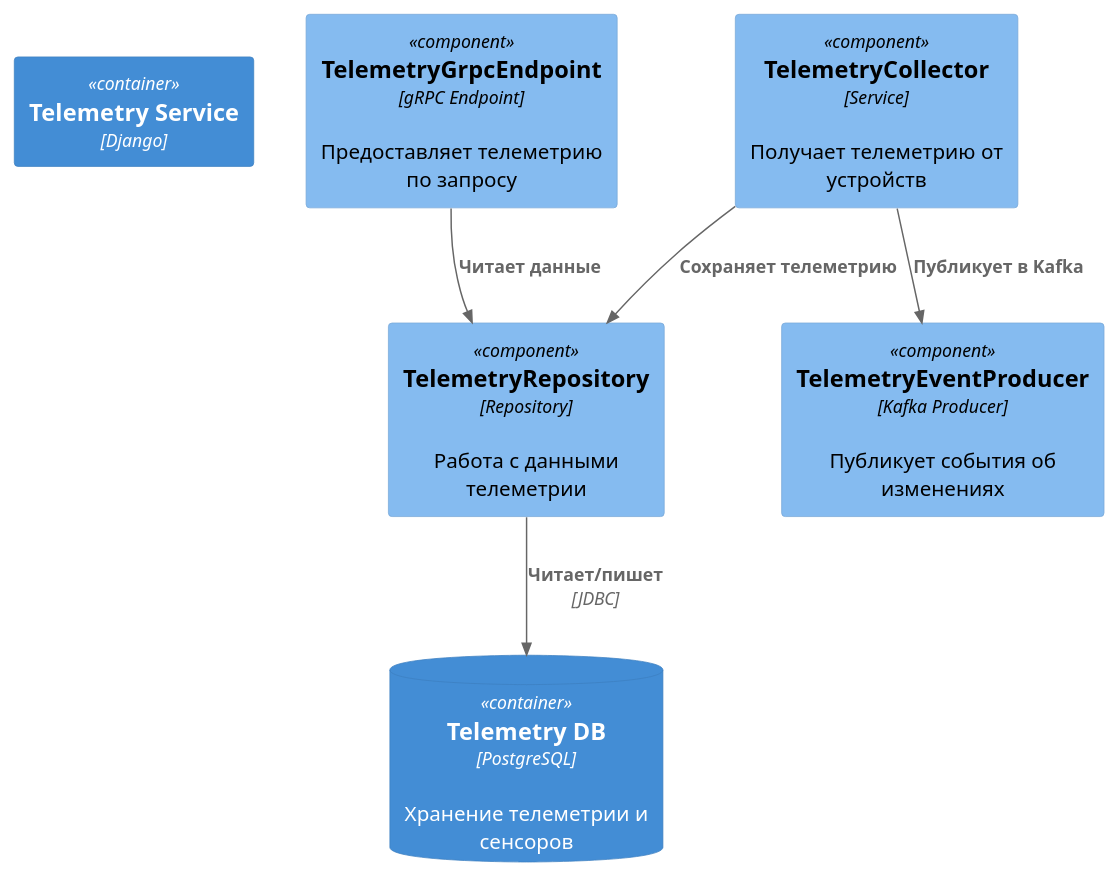
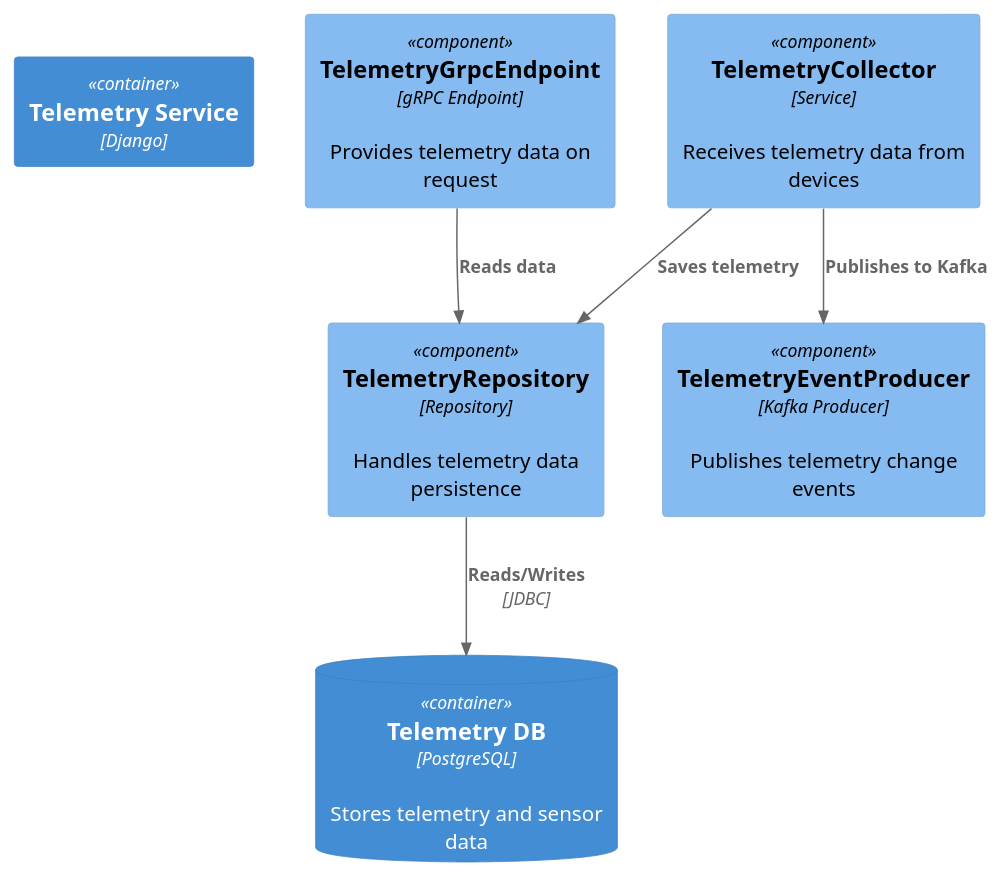
The diagram in docs/diagrams/component/Telemetry_Component.puml (vladislavego/architecture-warmhouse), drawn with PlantUML before and after one commit. The commit also changed 13 other files, not shown here.

```diff
--- a/docs/diagrams/component/Telemetry_Component.puml
+++ b/docs/diagrams/component/Telemetry_Component.puml
@@ -1,17 +1,17 @@
 @startuml TelemetryService_Component
 !includeurl https://raw.githubusercontent.com/plantuml-stdlib/C4-PlantUML/master/C4_Component.puml
 
 Container(telemetryService, "Telemetry Service", "Django")
 
-Component(api, "TelemetryGrpcEndpoint", "gRPC Endpoint", "Предоставляет телеметрию по запросу")
-Component(collector, "TelemetryCollector", "Service", "Получает телеметрию от устройств")
-Component(repo, "TelemetryRepository", "Repository", "Работа с данными телеметрии")
-Component(eventPublisher, "TelemetryEventProducer", "Kafka Producer", "Публикует события об изменениях")
-ContainerDb(telemetryDb, "Telemetry DB", "PostgreSQL", "Хранение телеметрии и сенсоров")
+Component(api, "TelemetryGrpcEndpoint", "gRPC Endpoint", "Provides telemetry data on request")
+Component(collector, "TelemetryCollector", "Service", "Receives telemetry data from devices")
+Component(repo, "TelemetryRepository", "Repository", "Handles telemetry data persistence")
+Component(eventPublisher, "TelemetryEventProducer", "Kafka Producer", "Publishes telemetry change events")
+ContainerDb(telemetryDb, "Telemetry DB", "PostgreSQL", "Stores telemetry and sensor data")
 
-Rel(api, repo, "Читает данные")
-Rel(collector, repo, "Сохраняет телеметрию")
-Rel(collector, eventPublisher, "Публикует в Kafka")
-Rel(repo, telemetryDb, "Читает/пишет", "JDBC")
+Rel(api, repo, "Reads data")
+Rel(collector, repo, "Saves telemetry")
+Rel(collector, eventPublisher, "Publishes to Kafka")
+Rel(repo, telemetryDb, "Reads/Writes", "JDBC")
 
 @enduml
```
